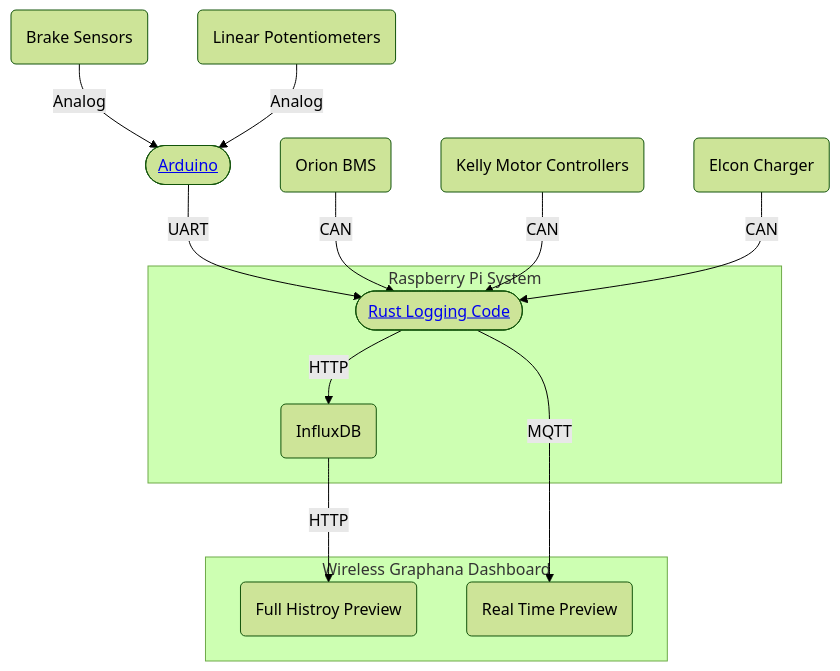
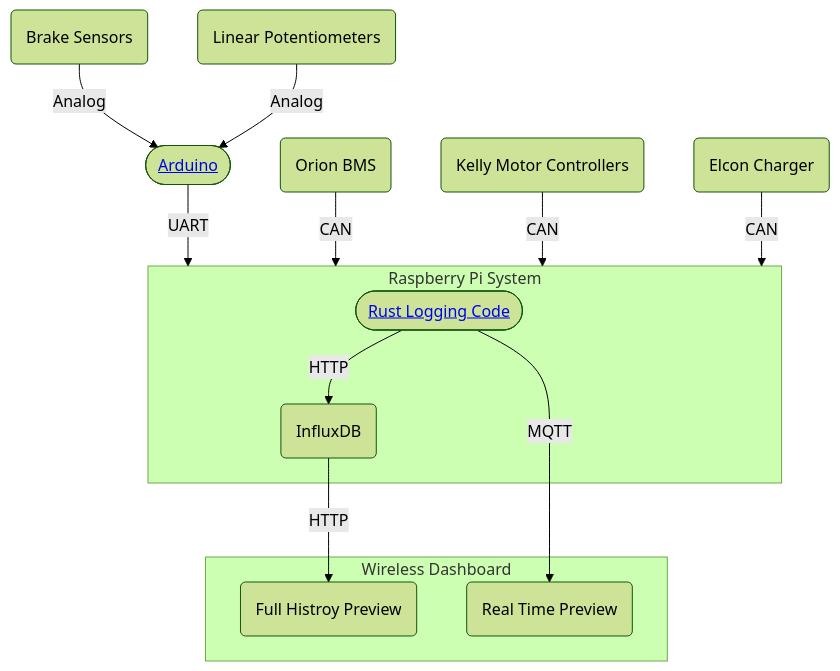
The diagram in README.md (Anteater-Electric-Racing/embedded), drawn with Mermaid (forest theme) before and after one commit.

````diff
--- a/README.md
+++ b/README.md
@@ -1,16 +1,16 @@
 ```mermaid
 flowchart TD
     B(Brake Sensors) -->|Analog| A(["<a href='https://github.com/AlistairKeiller/FSAE/tree/master/fsae-arduino' target='_blank'>Arduino</a>"])
     L(Linear Potentiometers) -->|Analog| A(["<a href='https://github.com/AlistairKeiller/FSAE/tree/master/fsae-arduino' target='_blank'>Arduino</a>"])
-    A(["<a href='https://github.com/AlistairKeiller/FSAE/tree/master/fsae-arduino' target='_blank'>Arduino</a>"]) -->|UART| R(["<a href='https://github.com/AlistairKeiller/FSAE/tree/master/fsae-raspi' target='_blank'>Rust Logging Code</a>"])
-    O(Orion BMS) -->|CAN| R(["<a href='https://github.com/AlistairKeiller/FSAE/tree/master/fsae-raspi' target='_blank'>Rust Logging Code</a>"])
-    K(Kelly Motor Controllers) -->|CAN| R(["<a href='https://github.com/AlistairKeiller/FSAE/tree/master/fsae-raspi' target='_blank'>Rust Logging Code</a>"])
-    IMS(Elcon Charger) -->|CAN| R(["<a href='https://github.com/AlistairKeiller/FSAE/tree/master/fsae-raspi' target='_blank'>Rust Logging Code</a>"])
+    A(["<a href='https://github.com/AlistairKeiller/FSAE/tree/master/fsae-arduino' target='_blank'>Arduino</a>"]) -->|UART| Pi
+    O(Orion BMS) -->|CAN| Pi
+    K(Kelly Motor Controllers) -->|CAN| Pi
+    IMS(Elcon Charger) -->|CAN| Pi
     subgraph Pi[Raspberry Pi System]
         R(["<a href='https://github.com/AlistairKeiller/FSAE/tree/master/fsae-raspi' target='_blank'>Rust Logging Code</a>"]) -->|HTTP| I(InfluxDB)
     end
-    subgraph Graphana[Wireless Graphana Dashboard]
+    subgraph Graphana[Wireless Dashboard]
         I(InfluxDB) -->|HTTP| F(Full Histroy Preview)
-        R(["<a href='https://github.com/AlistairKeiller/FSAE/tree/master/fsae-raspi' target='_blank'>Rust Logging Code</a>"]) -->|MQTT| P(Real Time Preview)
+        R -->|MQTT| P(Real Time Preview)
     end Graphana[Graphana]
 ```
````
